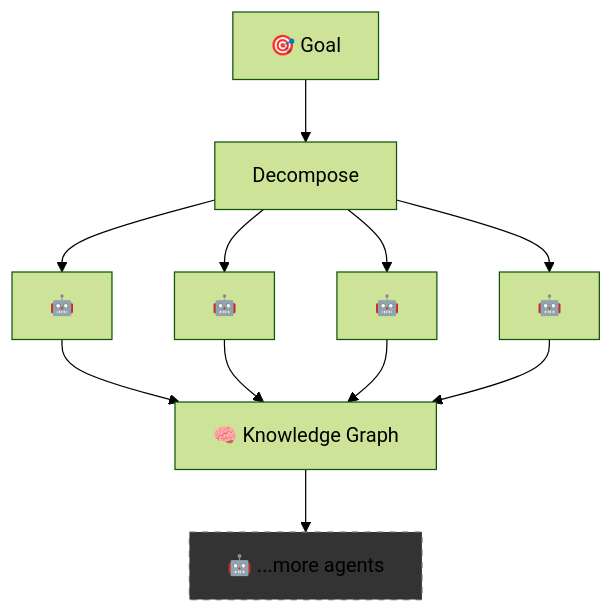
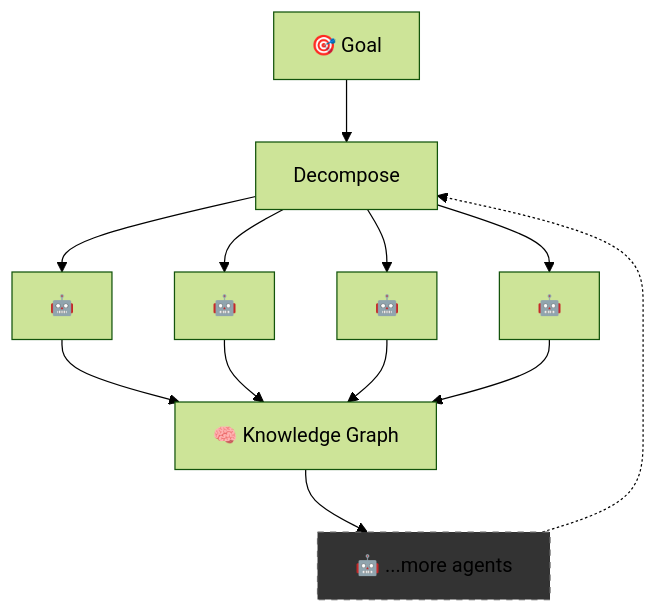
Before and after one commit to nick-pape/grackle: the fourth of 5 diagrams in README.md, drawn with Mermaid (forest theme).

Commit message:
Swarm diagram: loop more agents back to decompose

````diff
--- a/README.md
+++ b/README.md
@@ -56,8 +56,9 @@
 ```mermaid
 graph TD
     G["🎯 Goal"] --> D["Decompose"]
     D --> T1["🤖"] & T2["🤖"] & T3["🤖"] & T4["🤖"]
     T1 & T2 & T3 & T4 --> K["🧠 Knowledge Graph"]
     K --> N["🤖 ...more agents"]
+    N -.-> D
     style N fill:#333,stroke:#666,stroke-dasharray: 5 5
 ```
````
